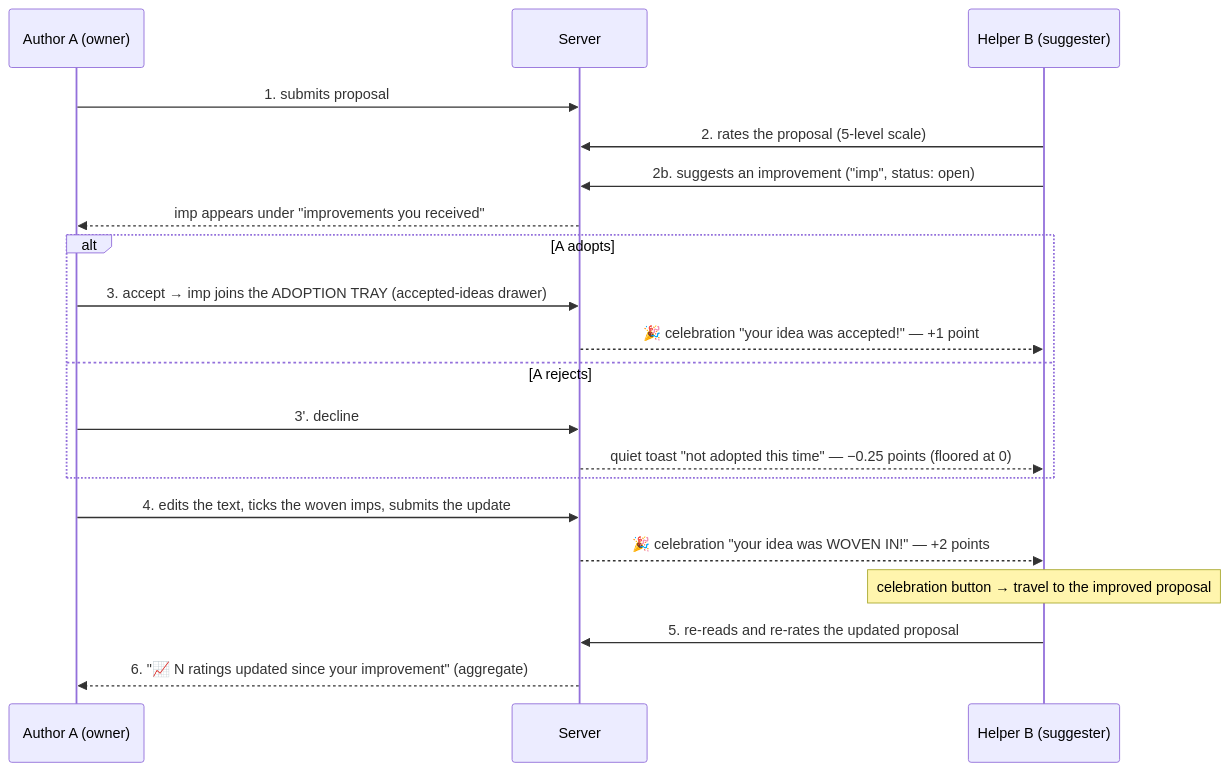
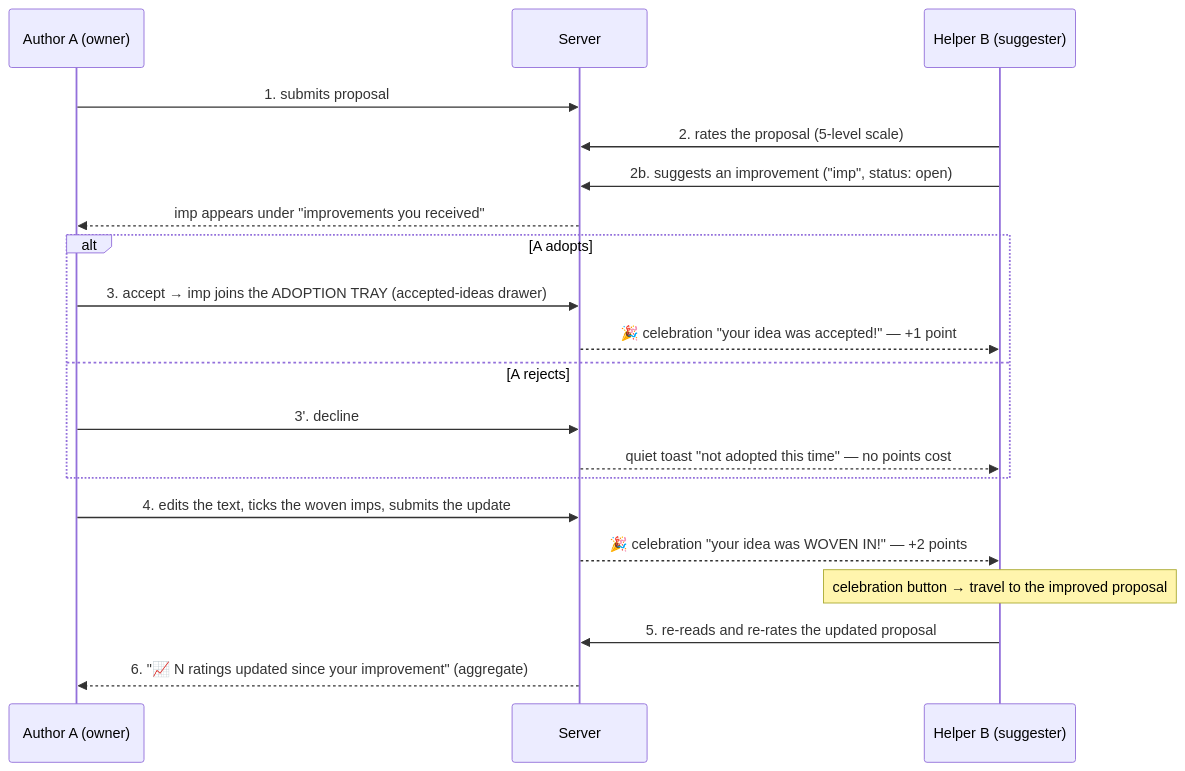
Before and after one commit to delib-org/Freedi-app: the diagram in apps/agora/docs/feedback-cycle.md, drawn with Mermaid. The commit also changed other lines of this file and 26 other files, not shown here.

````diff
--- a/apps/agora/docs/feedback-cycle.md
+++ b/apps/agora/docs/feedback-cycle.md
@@ -14,26 +14,26 @@
 ```mermaid
 sequenceDiagram
     participant A as Author A (owner)
     participant S as Server
     participant B as Helper B (suggester)
 
     A->>S: 1. submits proposal
     B->>S: 2. rates the proposal (5-level scale)
     B->>S: 2b. suggests an improvement ("imp", status: open)
     S-->>A: imp appears under "improvements you received"
 
     alt A adopts
         A->>S: 3. accept → imp joins the ADOPTION TRAY (accepted-ideas drawer)
         S-->>B: 🎉 celebration "your idea was accepted!" — +1 point
     else A rejects
         A->>S: 3'. decline
-        S-->>B: quiet toast "not adopted this time" — −0.25 points (floored at 0)
+        S-->>B: quiet toast "not adopted this time" — no points cost
     end
 
     A->>S: 4. edits the text, ticks the woven imps, submits the update
     S-->>B: 🎉 celebration "your idea was WOVEN IN!" — +2 points
     Note over B: celebration button → travel to the improved proposal
     B->>S: 5. re-reads and re-rates the updated proposal
 
     S-->>A: 6. "📈 N ratings updated since your improvement" (aggregate)
 ```
````
